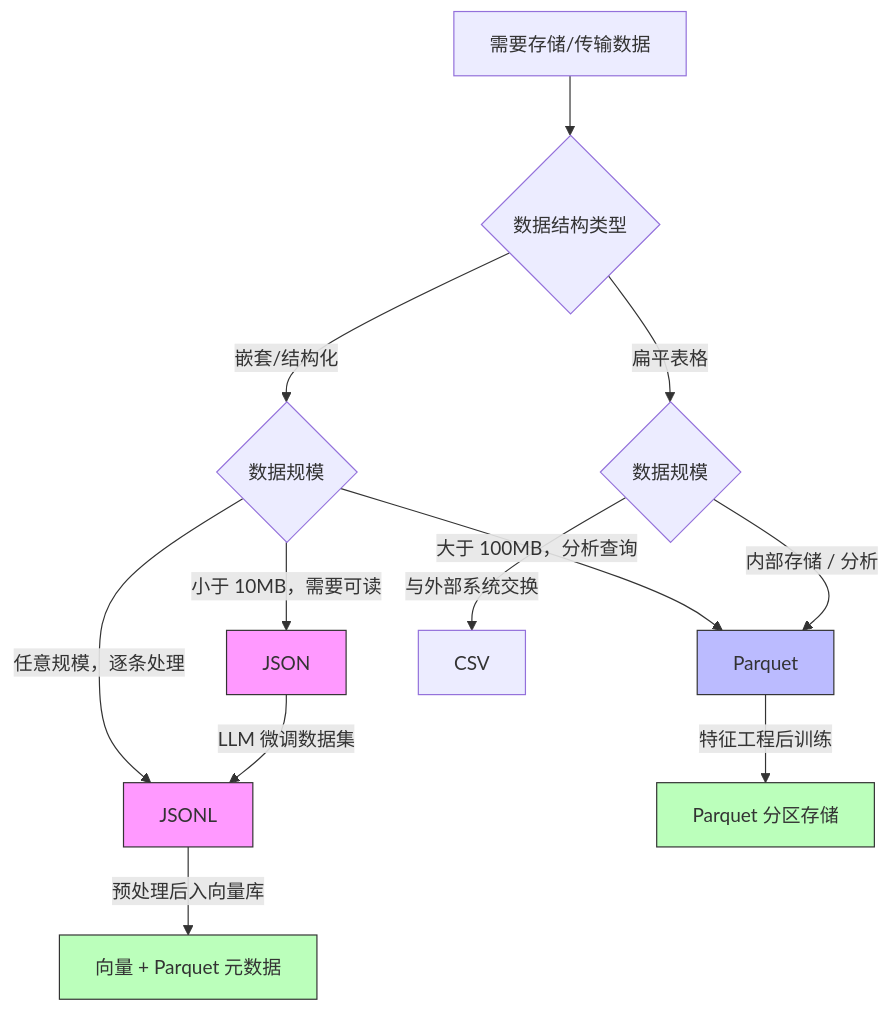
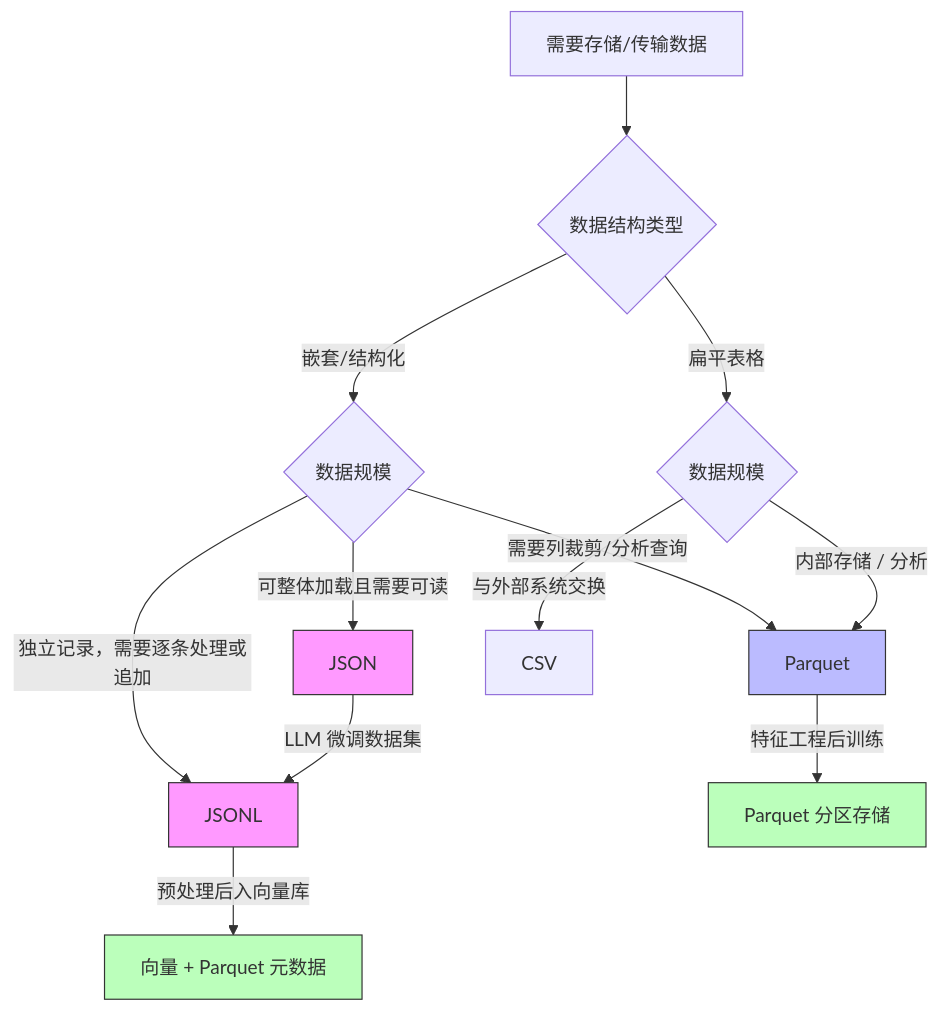
The diagram in knowledge/data/processing/data-formats.md (AmbitionC/front-end-journey-resource), drawn with Mermaid before and after one commit. The commit also changed other lines of this file and 19 other files, not shown here.

````diff
--- a/knowledge/data/processing/data-formats.md
+++ b/knowledge/data/processing/data-formats.md
@@ -229,23 +232,23 @@
 ```mermaid
 flowchart TD
     A[需要存储/传输数据] --> B{数据结构类型}
     B -->|嵌套/结构化| C{数据规模}
     B -->|扁平表格| D{数据规模}
 
-    C -->|小于 10MB，需要可读| E[JSON]
-    C -->|任意规模，逐条处理| F[JSONL]
-    C -->|大于 100MB，分析查询| G[Parquet]
+    C -->|可整体加载且需要可读| E[JSON]
+    C -->|独立记录，需要逐条处理或追加| F[JSONL]
+    C -->|需要列裁剪/分析查询| G[Parquet]
 
     D -->|与外部系统交换| H[CSV]
     D -->|内部存储 / 分析| G
 
     E -->|LLM 微调数据集| F
     F -->|预处理后入向量库| I[向量 + Parquet 元数据]
     G -->|特征工程后训练| J[Parquet 分区存储]
 
     style E fill:#f9f,stroke:#333
     style F fill:#f9f,stroke:#333
     style G fill:#bbf,stroke:#333
     style I fill:#bfb,stroke:#333
     style J fill:#bfb,stroke:#333
 ```
````
